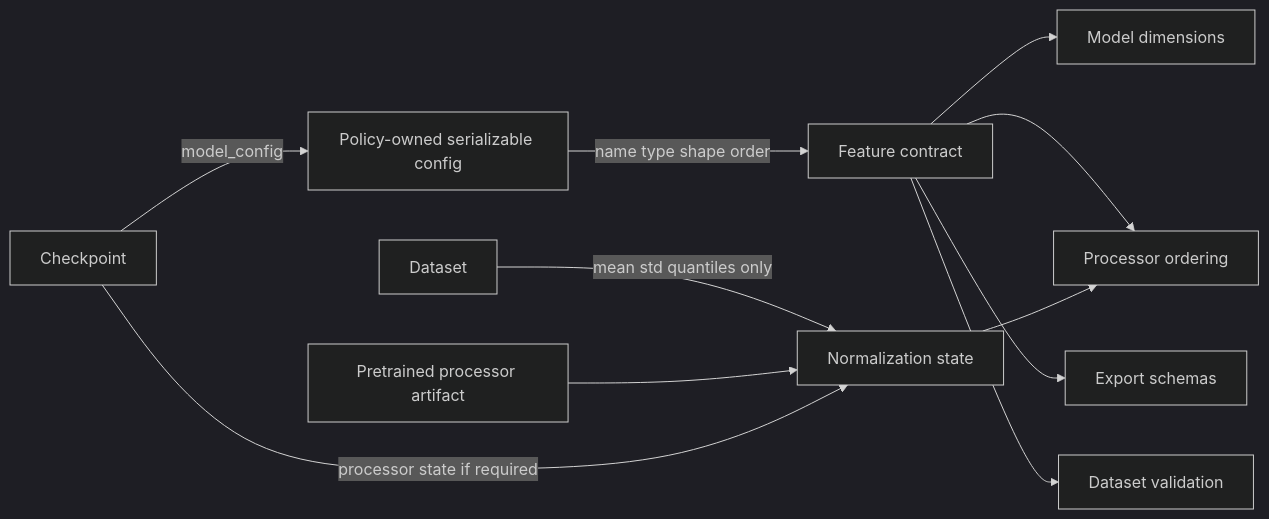
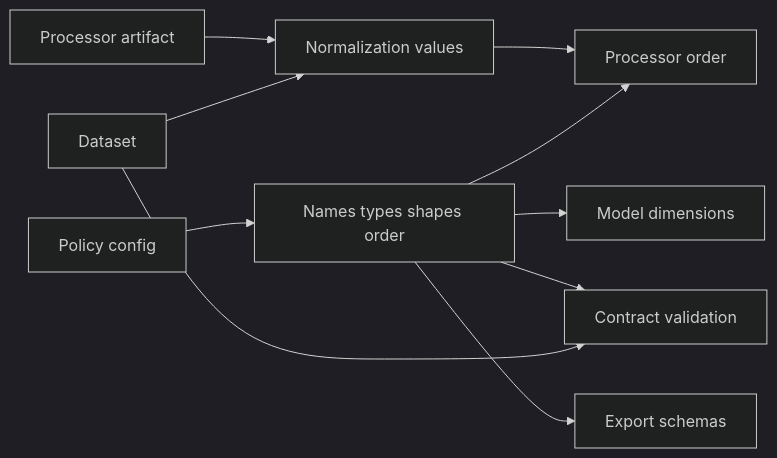
Before and after one commit to alfieroddan/physical-ai-studio: the fourth of 6 diagrams in library/docs/explanation/policy/current-policies.md, drawn with Mermaid (dark theme). The commit also changed other lines of this file and 8 other files, not shown here.

````diff
--- a/library/docs/explanation/policy/current-policies.md
+++ b/library/docs/explanation/policy/current-policies.md
@@ -307,15 +191,12 @@
 ```mermaid
 flowchart LR
-    C[Policy-owned serializable config] -->|name type shape order| F[Feature contract]
+    C[Policy config] --> F[Names types shapes order]
     F --> M[Model dimensions]
-    F --> P[Processor ordering]
+    F --> P[Processor order]
     F --> E[Export schemas]
-    F --> V[Dataset validation]
-
-    D[Dataset] -->|mean std quantiles only| N[Normalization state]
-    A[Pretrained processor artifact] --> N
+    D[Dataset] --> N[Normalization values]
+    A[Processor artifact] --> N
     N --> P
-
-    CK[Checkpoint] -->|model_config| C
-    CK -->|processor state if required| N
+    D --> V[Contract validation]
+    F --> V
 ```
````
